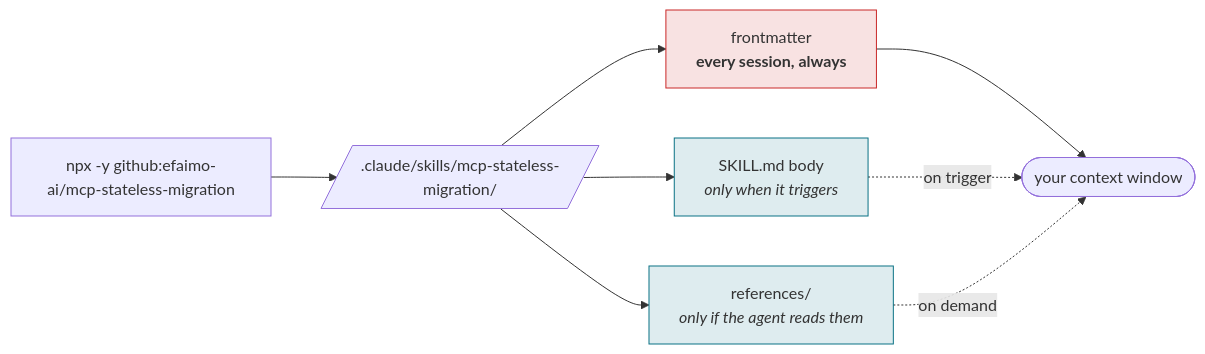
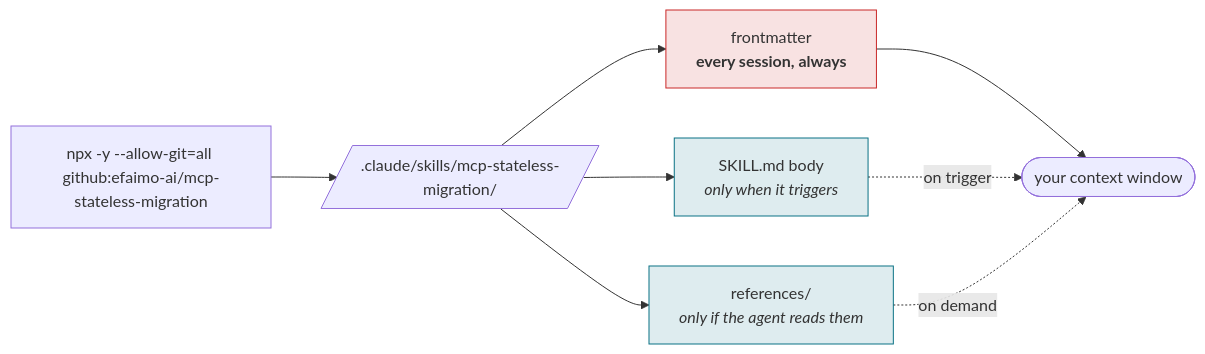
Before and after one commit to efaimo-ai/mcp-stateless-migration: the second of 3 diagrams in README.md, drawn with Mermaid. The commit also changed other lines of this file, not shown here.

````diff
--- a/README.md
+++ b/README.md
@@ -177,14 +188,14 @@
 ```mermaid
 flowchart LR
-    N["npx -y github:efaimo-ai/mcp-stateless-migration"] --> D[/".claude/skills/mcp-stateless-migration/"/]
+    N["npx -y --allow-git=all github:efaimo-ai/mcp-stateless-migration"] --> D[/".claude/skills/mcp-stateless-migration/"/]
     D --> M["frontmatter<br/><b>every session, always</b>"]
     D --> B["SKILL.md body<br/><i>only when it triggers</i>"]
     D --> R["references/<br/><i>only if the agent reads them</i>"]
     M --> S(["your context window"])
     B -.->|"on trigger"| S
     R -.->|"on demand"| S
     classDef always fill:#c9282822,stroke:#c92828,stroke-width:1px;
     classDef lazy fill:#0b728522,stroke:#0b7285,stroke-width:1px;
     class M always;
     class B,R lazy;
 ```
````
